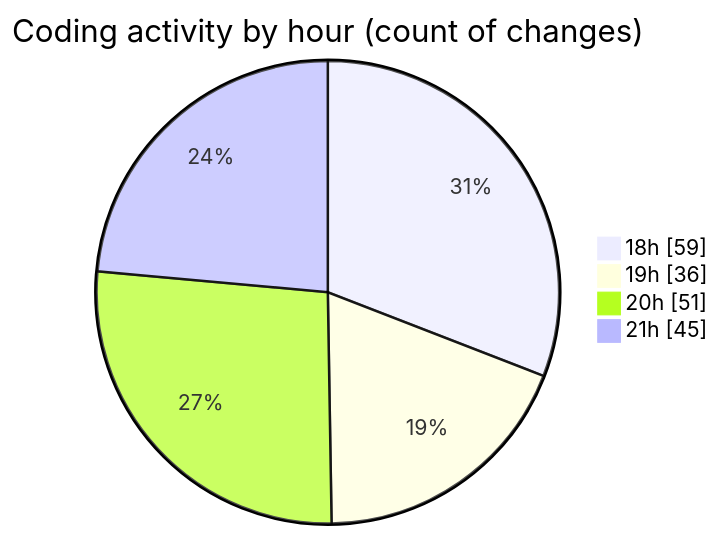
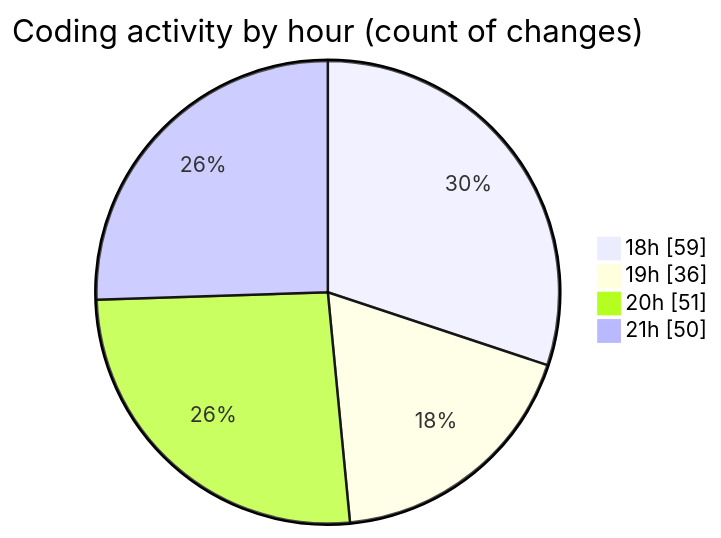
The second of 2 diagrams in 2025-04-02/back-end/README.md (Netris89/code-tracking), drawn with Mermaid before and after one commit. The commit also changed other lines of this file and 1 other file, not shown here.

````diff
--- a/2025-04-02/back-end/README.md
+++ b/2025-04-02/back-end/README.md
@@ -41,8 +41,8 @@
 ```mermaid
 pie showData
 title Coding activity by hour (count of changes)
 "18h" : 59
 "19h" : 36
 "20h" : 51
-"21h" : 45
+"21h" : 50
 ```
````
